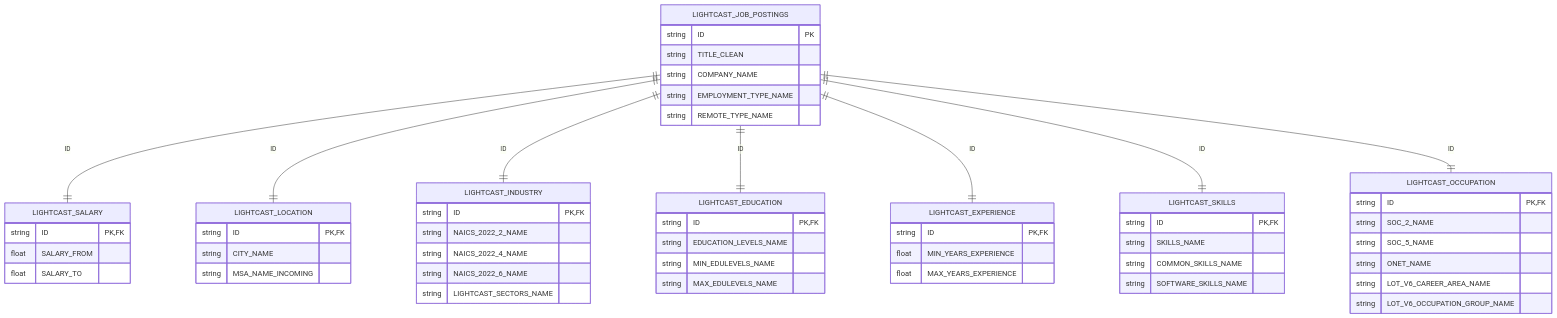
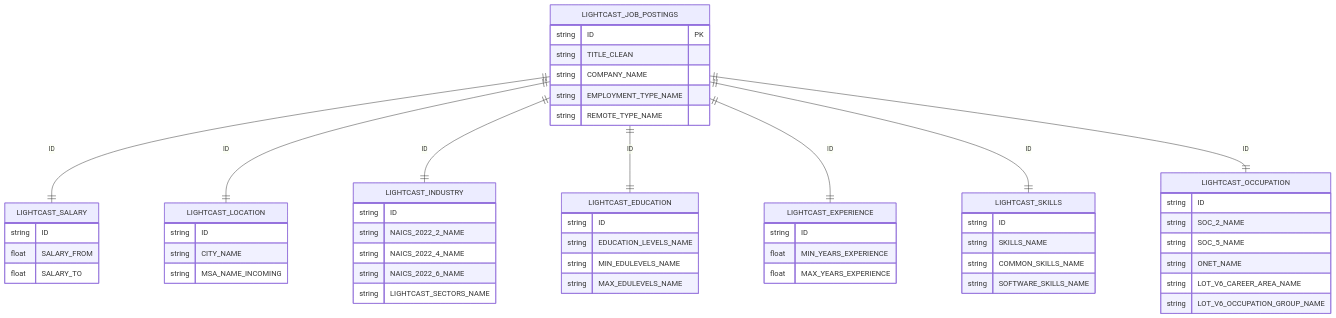
One commit to frjulie8-proj/repoad688-employability-sp25A1-groupB changed the third of 3 diagrams in pages/data_cleaning.qmd. Above: the diagram before and after it, drawn with Mermaid. The commit also changed other lines of this file, not shown here.

Commit message:
Fix error in Lightcast ERD data_cleaning.qmd

````diff
--- a/pages/data_cleaning.qmd
+++ b/pages/data_cleaning.qmd
@@ -211,68 +211,68 @@
 ```{mermaid}
 erDiagram
 
     LIGHTCAST_JOB_POSTINGS {
         string ID PK
         string TITLE_CLEAN
         string COMPANY_NAME
         string EMPLOYMENT_TYPE_NAME
         string REMOTE_TYPE_NAME
     }
 
     LIGHTCAST_SALARY {
-        string ID PK,FK
+        string ID
         float SALARY_FROM
         float SALARY_TO
     }
 
     LIGHTCAST_LOCATION {
-        string ID PK,FK
+        string ID
         string CITY_NAME
         string MSA_NAME_INCOMING
     }
 
     LIGHTCAST_INDUSTRY {
-        string ID PK,FK
+        string ID
         string NAICS_2022_2_NAME
         string NAICS_2022_4_NAME
         string NAICS_2022_6_NAME
         string LIGHTCAST_SECTORS_NAME
     }
 
     LIGHTCAST_EDUCATION {
-        string ID PK,FK
+        string ID
         string EDUCATION_LEVELS_NAME
         string MIN_EDULEVELS_NAME
         string MAX_EDULEVELS_NAME
     }
 
     LIGHTCAST_EXPERIENCE {
-        string ID PK,FK
+        string ID
         float MIN_YEARS_EXPERIENCE
         float MAX_YEARS_EXPERIENCE
     }
 
     LIGHTCAST_SKILLS {
-        string ID PK,FK
+        string ID
         string SKILLS_NAME
         string COMMON_SKILLS_NAME
         string SOFTWARE_SKILLS_NAME
     }
 
     LIGHTCAST_OCCUPATION {
-        string ID PK,FK
+        string ID
         string SOC_2_NAME
         string SOC_5_NAME
         string ONET_NAME
         string LOT_V6_CAREER_AREA_NAME
         string LOT_V6_OCCUPATION_GROUP_NAME
     }
 
     LIGHTCAST_JOB_POSTINGS ||--|| LIGHTCAST_SALARY : ID
     LIGHTCAST_JOB_POSTINGS ||--|| LIGHTCAST_LOCATION : ID
     LIGHTCAST_JOB_POSTINGS ||--|| LIGHTCAST_INDUSTRY : ID
     LIGHTCAST_JOB_POSTINGS ||--|| LIGHTCAST_EDUCATION : ID
     LIGHTCAST_JOB_POSTINGS ||--|| LIGHTCAST_EXPERIENCE : ID
     LIGHTCAST_JOB_POSTINGS ||--|| LIGHTCAST_SKILLS : ID
     LIGHTCAST_JOB_POSTINGS ||--|| LIGHTCAST_OCCUPATION : ID
 ```
````
